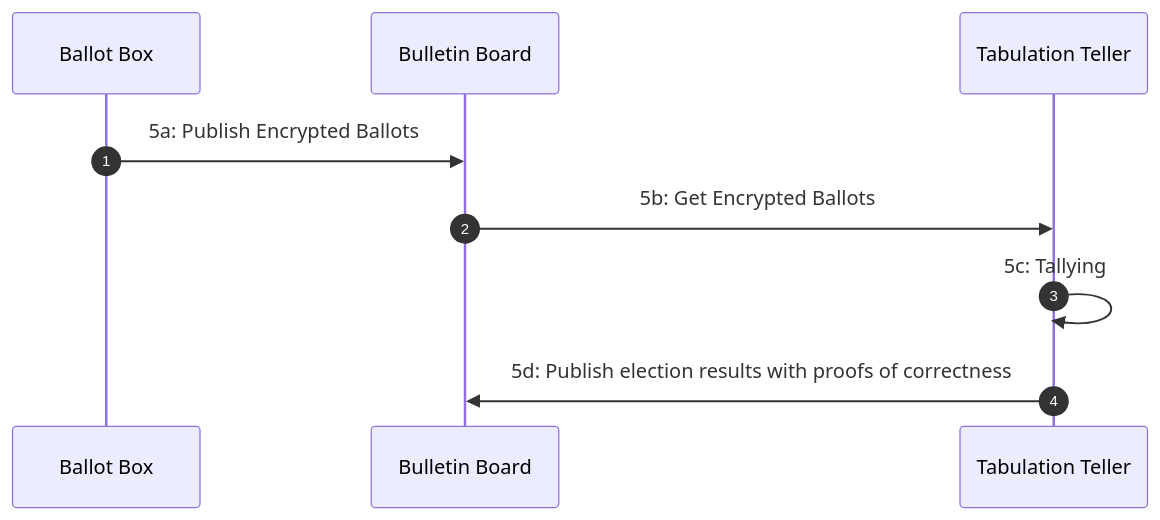
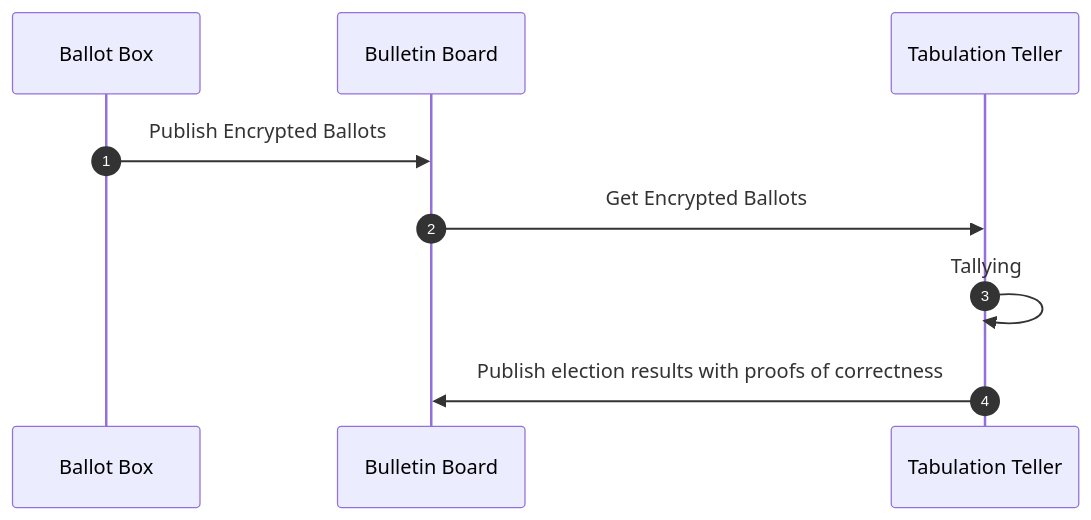
One commit to AlessandroPerez/evoting-rs changed the fifth of 5 diagrams in README.md. Above: the diagram before and after it, drawn with Mermaid. The commit also changed other lines of this file, not shown here.

````diff
--- a/README.md
+++ b/README.md
@@ -112,11 +112,11 @@
 ```mermaid
 sequenceDiagram
     autonumber
     participant BB as Ballot Box
     participant WBB as Bulletin Board
     participant TT as Tabulation Teller
-    BB->>WBB: 5a: Publish Encrypted Ballots
-    WBB->>TT: 5b: Get Encrypted Ballots
-    TT->>TT: 5c: Tallying
-    TT->>WBB: 5d: Publish election results with proofs of correctness
+    BB->>WBB: Publish Encrypted Ballots
+    WBB->>TT: Get Encrypted Ballots
+    TT->>TT: Tallying
+    TT->>WBB: Publish election results with proofs of correctness
 ```
````
